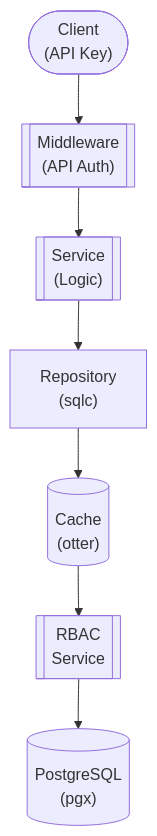
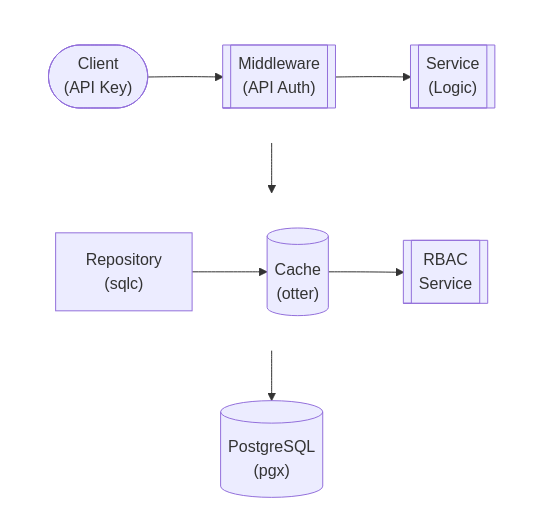
The diagram in docs/dev/design/services/APIKEYS.md (lusoris/revenge), drawn with Mermaid before and after one commit. The commit also changed 210 other files, not shown here.

First line of the commit message:
feat(docs): Add horizontal layout support for Mermaid diagrams

````diff
--- a/docs/dev/design/services/APIKEYS.md
+++ b/docs/dev/design/services/APIKEYS.md
@@ -58,16 +58,26 @@
 ```mermaid
 flowchart TD
-    node1(["Client<br/>(API Key)"])
-    node2[["Middleware<br/>(API Auth)"]]
-    node3[["Service<br/>(Logic)"]]
-    node4["Repository<br/>(sqlc)"]
-    node5[("Cache<br/>(otter)")]
-    node6[["RBAC<br/>Service"]]
+    subgraph row1[ ]
+        direction LR
+        node1(["Client<br/>(API Key)"])
+        node2[["Middleware<br/>(API Auth)"]]
+        node3[["Service<br/>(Logic)"]]
+    end
+    subgraph row2[ ]
+        direction LR
+        node4["Repository<br/>(sqlc)"]
+        node5[("Cache<br/>(otter)")]
+        node6[["RBAC<br/>Service"]]
+    end
     node7[("PostgreSQL<br/>(pgx)")]
     node1 --> node2
     node2 --> node3
     node4 --> node5
     node5 --> node6
     node3 --> node4
     node6 --> node7
+
+    %% Hide row subgraph borders
+    style row1 fill:transparent,stroke:transparent
+    style row2 fill:transparent,stroke:transparent
 ```
````
